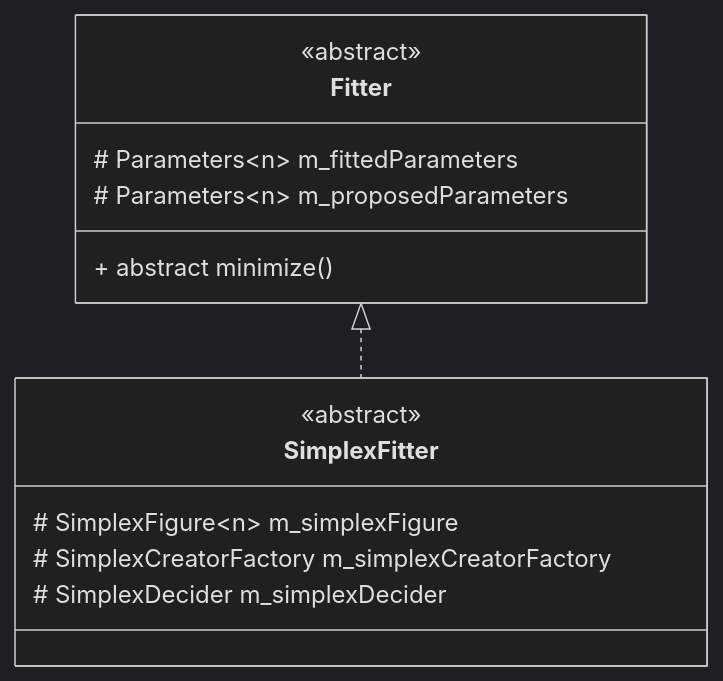
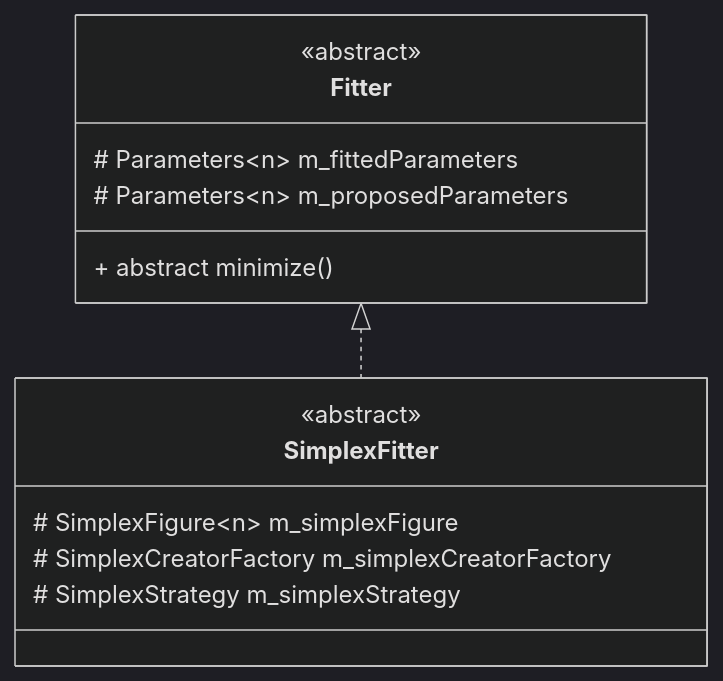
Before and after one commit to SirJamesClarkMaxwell/NumericStorm: the diagram in NumericStorm/documentation/Fitting/Nealder-Mead/SimplexFitter.md, drawn with Mermaid (dark theme). The commit also changed other lines of this file and 3 other files, not shown here.

````diff
--- a/NumericStorm/documentation/Fitting/Nealder-Mead/SimplexFitter.md
+++ b/NumericStorm/documentation/Fitting/Nealder-Mead/SimplexFitter.md
@@ -4,17 +5,17 @@
 ```mermaid
 classDiagram
 class Fitter{
     <<abstract>>
     # Parameters~n~ m_fittedParameters
     # Parameters~n~ m_proposedParameters
 }
 Fitter: + abstract minimize()
 class SimplexFitter{
     <<abstract>>
     # SimplexFigure~n~ m_simplexFigure
     # SimplexCreatorFactory m_simplexCreatorFactory
-    # SimplexDecider m_simplexDecider
+    # SimplexStrategy m_simplexStrategy
 
 }
 Fitter <|.. SimplexFitter
 ```
````
